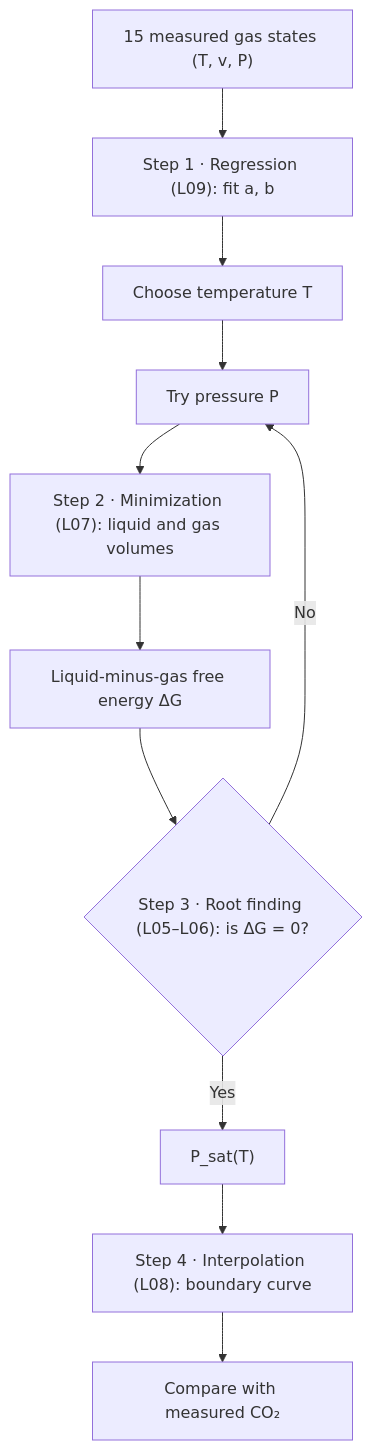
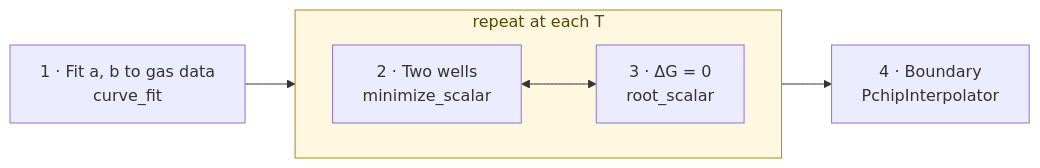
One commit to tiangroup-uofa/mate374-cmpt-methods-mate changed the diagram in units/02/L10/index.qmd. Above: the diagram before and after it, drawn with Mermaid. The commit also changed other lines of this file and 6 other files, not shown here.

````diff
--- a/units/02/L10/index.qmd
+++ b/units/02/L10/index.qmd
@@ -40,13 +40,10 @@
 ```{mermaid}
-flowchart TD
-    A["15 measured gas states (T, v, P)"] --> B["Step 1 · Regression (L09): fit a, b"]
-    B --> C["Choose temperature T"]
-    C --> D["Try pressure P"]
-    D --> E["Step 2 · Minimization (L07): liquid and gas volumes"]
-    E --> F["Liquid-minus-gas free energy ΔG"]
-    F --> G{"Step 3 · Root finding (L05–L06): is ΔG = 0?"}
-    G -- No --> D
-    G -- Yes --> H["P_sat(T)"]
-    H --> I["Step 4 · Interpolation (L08): boundary curve"]
-    I --> J["Compare with measured CO₂"]
+flowchart LR
+    B["1 · Fit a, b to gas data<br/>curve_fit"] --> L
+    subgraph L["repeat at each T"]
+        direction LR
+        C["2 · Two wells<br/>minimize_scalar"] <--> D["3 · ΔG = 0<br/>root_scalar"]
+    end
+    L --> E["4 · Boundary<br/>PchipInterpolator"]
+    style L fill:#fff8e1,stroke:#b08900,color:#5c4700
 ```
````
